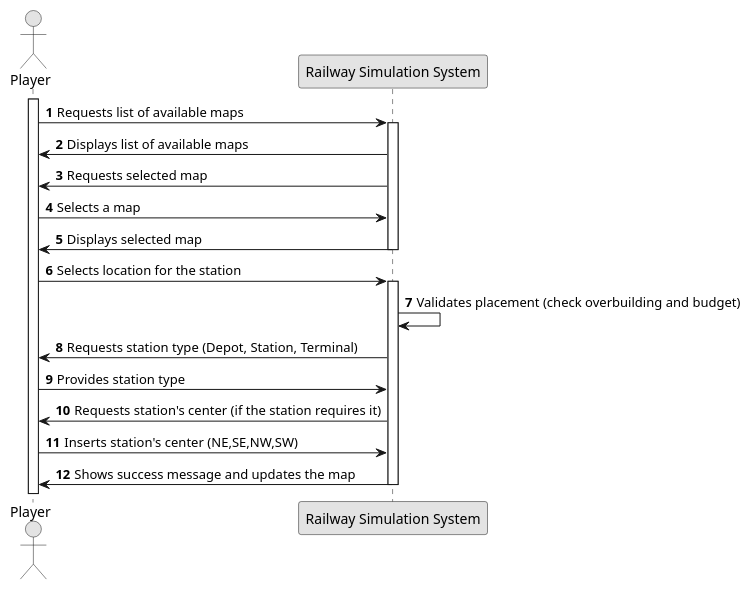
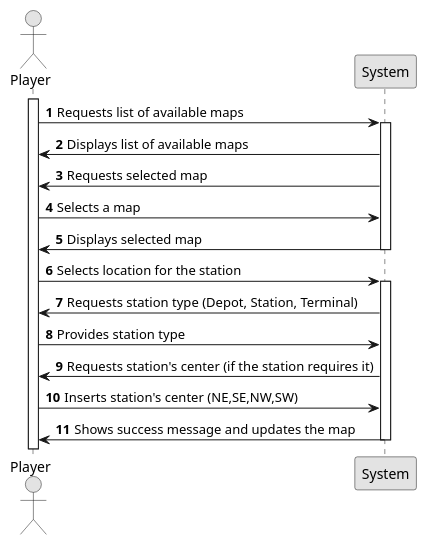
One commit to goncalolopesp/sem2-pi-24.25-g093-repo changed the diagram in docs/system-documentation/US005/01.requirements-engineering/puml/US005-SSD.puml. Above: the diagram before and after it, drawn with PlantUML. The commit also changed 5 other files, not shown here.

```diff
--- a/docs/system-documentation/US005/01.requirements-engineering/puml/US005-SSD.puml
+++ b/docs/system-documentation/US005/01.requirements-engineering/puml/US005-SSD.puml
@@ -1,42 +1,40 @@
 @startuml
 
 skinparam monochrome true
 skinparam packageStyle rectangle
 skinparam shadowing false
 
 autonumber
 
 actor "Player" as Player
-participant "Railway Simulation System" as System
+participant "System" as System
 
 activate Player
 
     Player -> System : Requests list of available maps
     activate System
 
     System -> Player : Displays list of available maps
 
     System -> Player : Requests selected map
 
     Player -> System : Selects a map
 
     System -> Player : Displays selected map
     deactivate System
 
     Player -> System : Selects location for the station
     activate System
 
-    System -> System : Validates placement (check overbuilding and budget)
-
     System -> Player : Requests station type (Depot, Station, Terminal)
 
     Player -> System : Provides station type
 
     System -> Player : Requests station's center (if the station requires it)
 
     Player -> System : Inserts station's center (NE,SE,NW,SW)
 
     System -> Player : Shows success message and updates the map
     deactivate System
 
 @enduml
```
